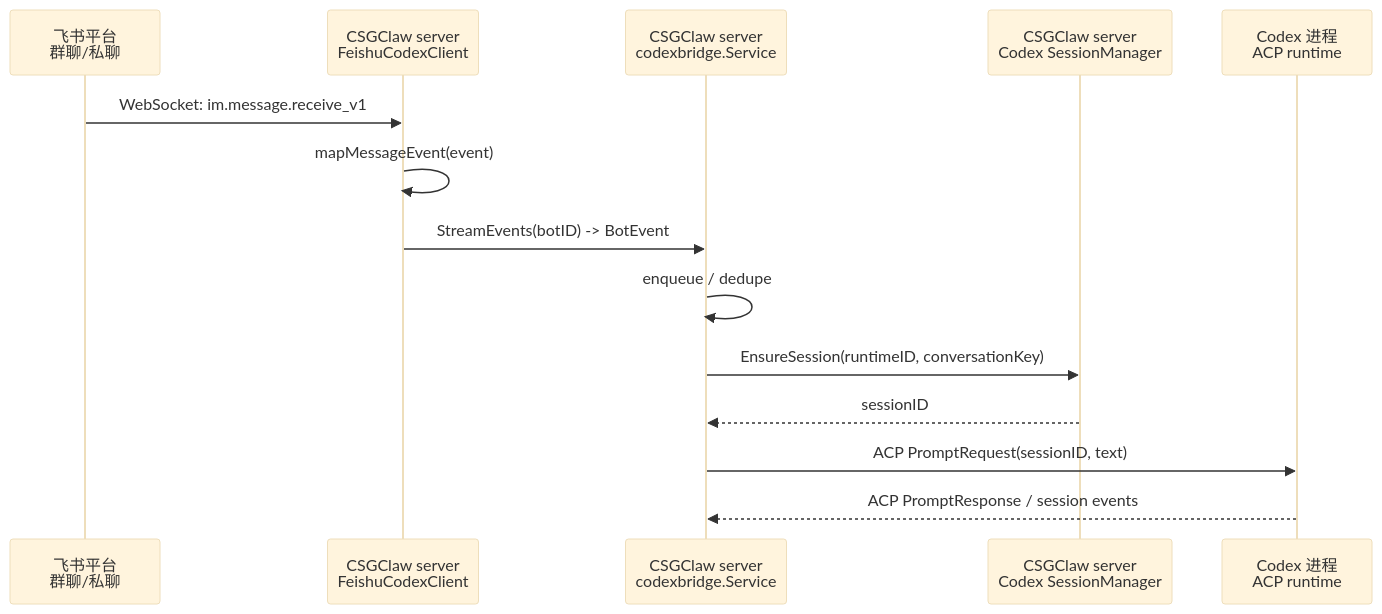
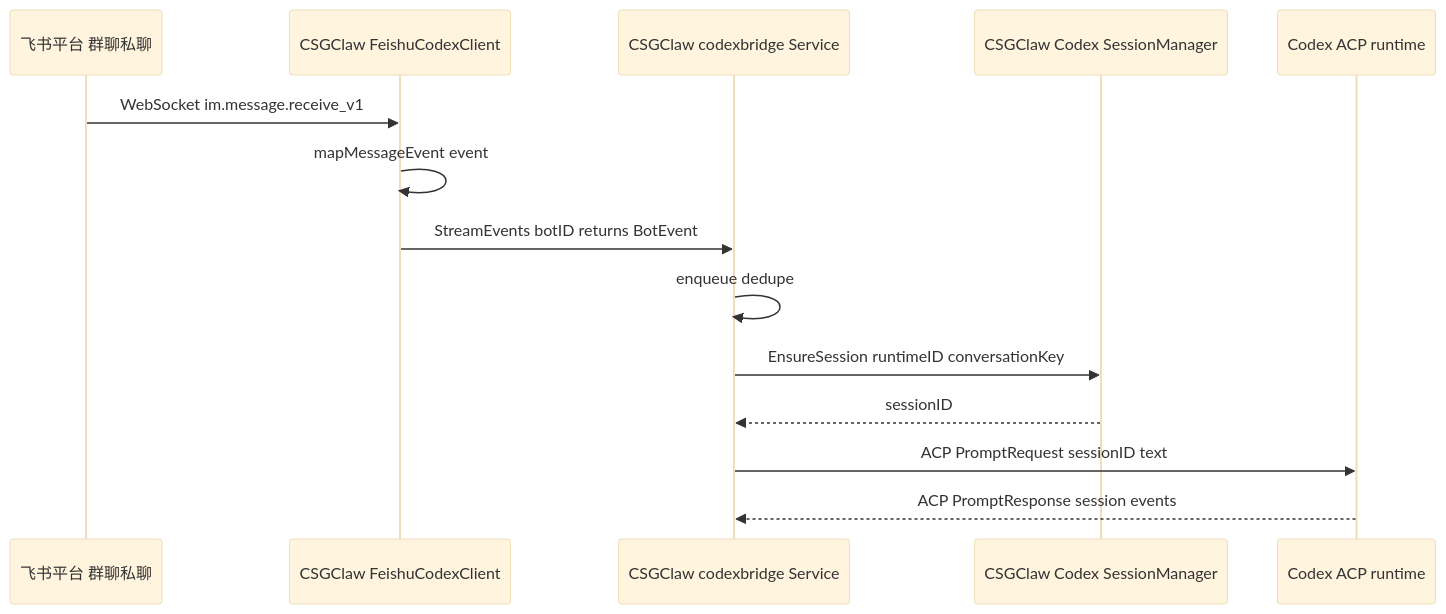
Before and after one commit to GatewayJ/csgclaw: the seventh of 12 diagrams in docs/channel/codex-feishu.zh.md, drawn with Mermaid (base theme). The commit also changed other lines of this file, not shown here.

Commit message:
docs: simplify mermaid sequence syntax

````diff
--- a/docs/channel/codex-feishu.zh.md
+++ b/docs/channel/codex-feishu.zh.md
@@ -160,17 +162,17 @@
 ```mermaid
 sequenceDiagram
-    participant Feishu as 飞书平台<br/>群聊/私聊
-    participant Client as CSGClaw server<br/>FeishuCodexClient
-    participant Bridge as CSGClaw server<br/>codexbridge.Service
-    participant Session as CSGClaw server<br/>Codex SessionManager
-    participant Codex as Codex 进程<br/>ACP runtime
+    participant Feishu as 飞书平台 群聊私聊
+    participant Client as CSGClaw FeishuCodexClient
+    participant Bridge as CSGClaw codexbridge Service
+    participant Session as CSGClaw Codex SessionManager
+    participant Codex as Codex ACP runtime
 
-    Feishu->>Client: WebSocket: im.message.receive_v1
-    Client->>Client: mapMessageEvent(event)
-    Client->>Bridge: StreamEvents(botID) -> BotEvent
-    Bridge->>Bridge: enqueue / dedupe
-    Bridge->>Session: EnsureSession(runtimeID, conversationKey)
+    Feishu->>Client: WebSocket im.message.receive_v1
+    Client->>Client: mapMessageEvent event
+    Client->>Bridge: StreamEvents botID returns BotEvent
+    Bridge->>Bridge: enqueue dedupe
+    Bridge->>Session: EnsureSession runtimeID conversationKey
     Session-->>Bridge: sessionID
-    Bridge->>Codex: ACP PromptRequest(sessionID, text)
-    Codex-->>Bridge: ACP PromptResponse / session events
+    Bridge->>Codex: ACP PromptRequest sessionID text
+    Codex-->>Bridge: ACP PromptResponse session events
 ```
````
